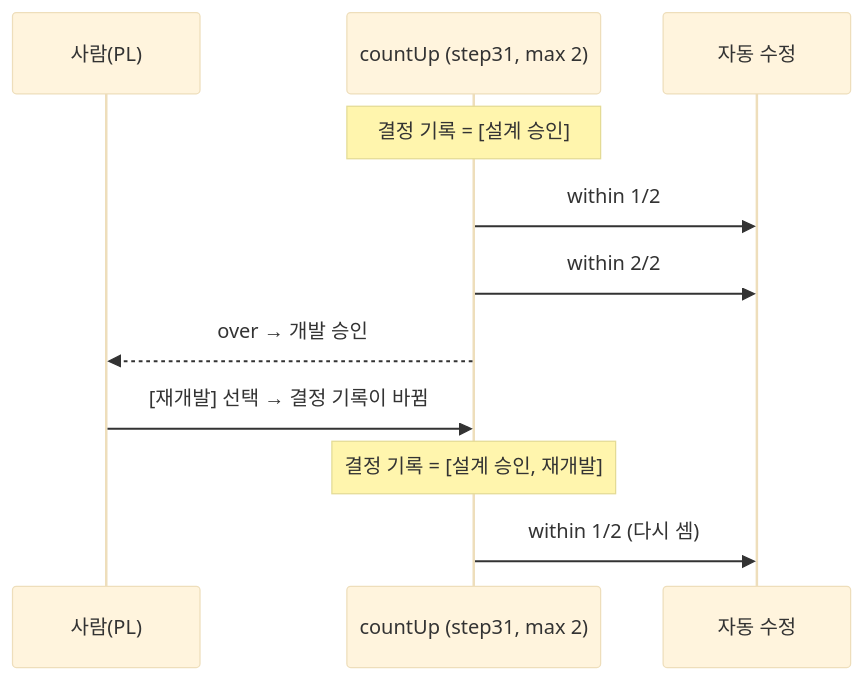
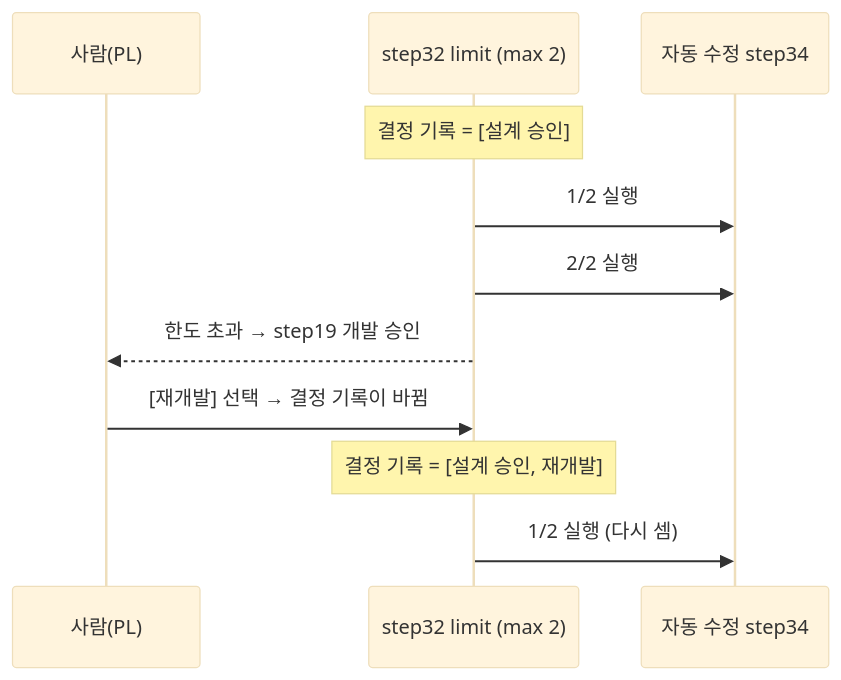
Diagram 21 of 24 in docs/09.dstone-ai-engine-sm-workflow.md (YongSoekChoeng/dstone), drawn with Mermaid (base theme) before and after one commit. The commit also changed other lines of this file and 26 other files, not shown here.

First line of the commit message:
ai-engine: step 한도(limit)와 시작 시각 설정, sm-workflow 2.11.0 노드 줄이기(58 → 48)

````diff
--- a/docs/09.dstone-ai-engine-sm-workflow.md
+++ b/docs/09.dstone-ai-engine-sm-workflow.md
@@ -1496,13 +1430,13 @@
 ```mermaid
 sequenceDiagram
     participant H as 사람(PL)
-    participant C as countUp (step31, max 2)
-    participant F as 자동 수정
-    Note over C: 결정 기록 = [설계 승인]
-    C->>F: within 1/2
-    C->>F: within 2/2
-    C-->>H: over → 개발 승인
-    H->>C: [재개발] 선택 → 결정 기록이 바뀜
-    Note over C: 결정 기록 = [설계 승인, 재개발]
-    C->>F: within 1/2 (다시 셈)
+    participant L as step32 limit (max 2)
+    participant F as 자동 수정 step34
+    Note over L: 결정 기록 = [설계 승인]
+    L->>F: 1/2 실행
+    L->>F: 2/2 실행
+    L-->>H: 한도 초과 → step19 개발 승인
+    H->>L: [재개발] 선택 → 결정 기록이 바뀜
+    Note over L: 결정 기록 = [설계 승인, 재개발]
+    L->>F: 1/2 실행 (다시 셈)
 ```
````
